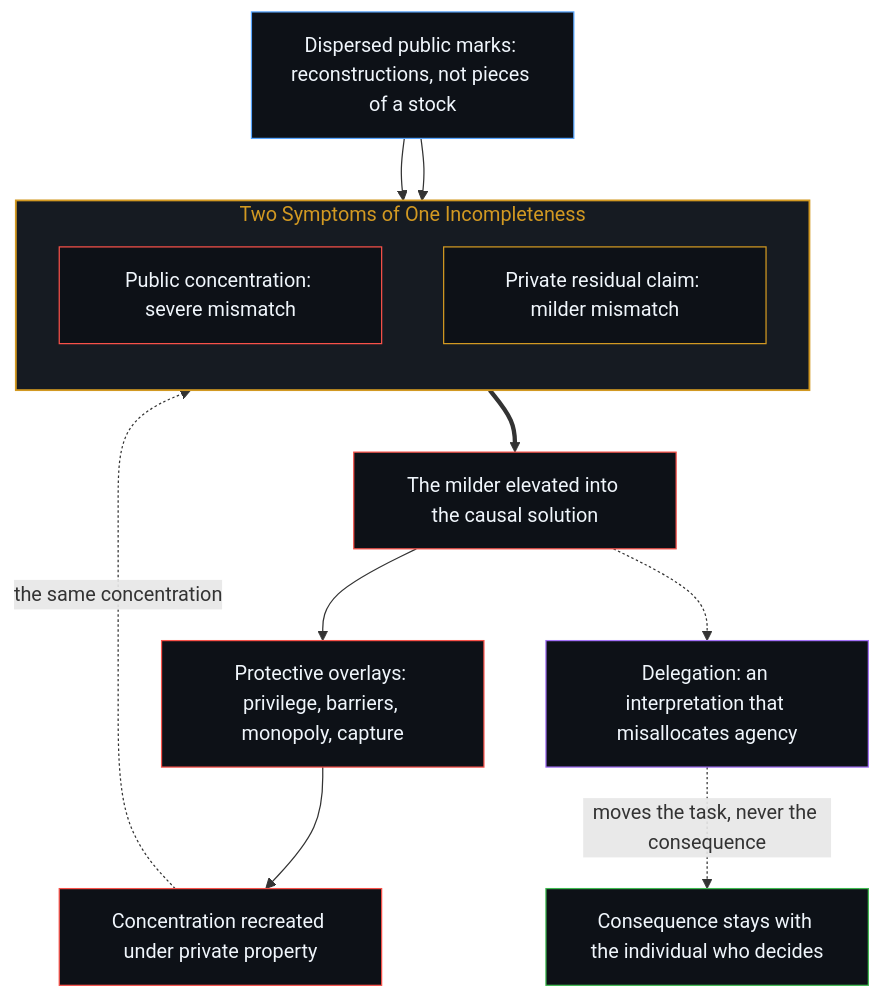
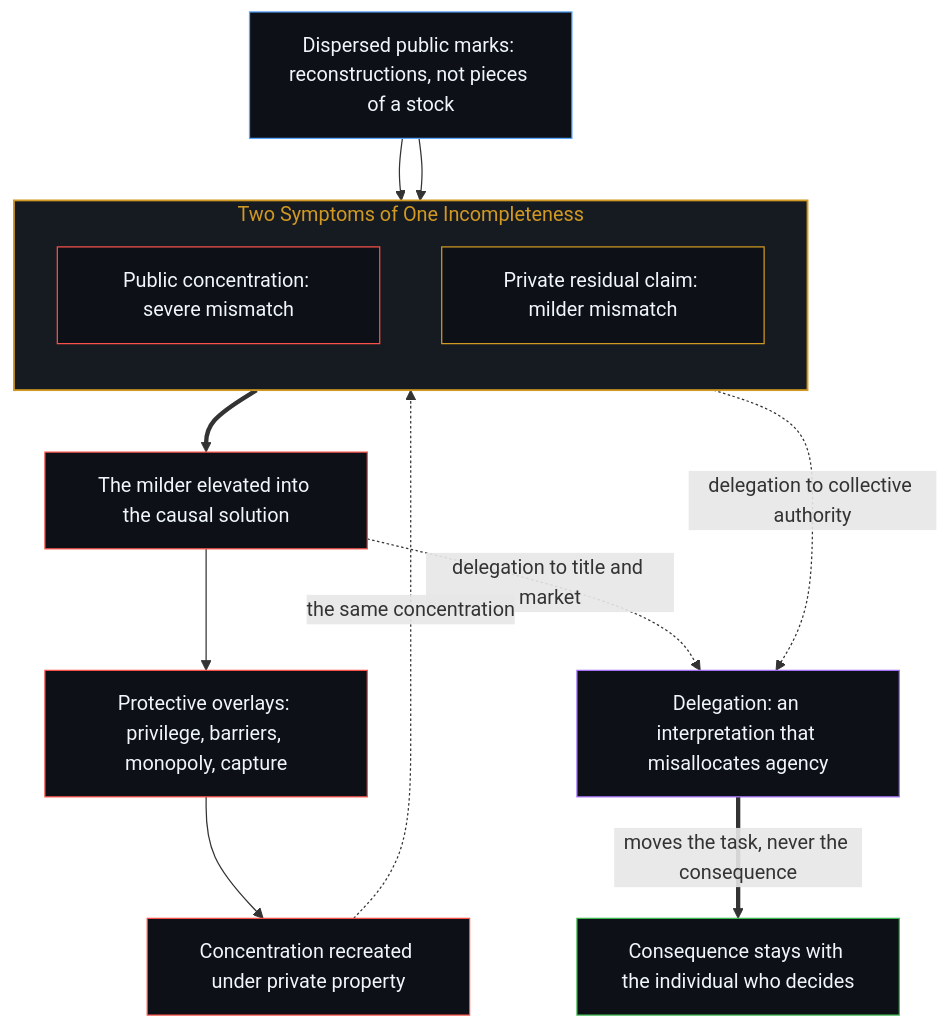
The second of 2 diagrams in content/posts/the-knowledge-problem-and-the-illusion-of-delegation.md (powerpig99/not-a-toe), drawn with Mermaid before and after one commit. The commit also changed other lines of this file and 3 other files, not shown here.

````diff
--- a/content/posts/the-knowledge-problem-and-the-illusion-of-delegation.md
+++ b/content/posts/the-knowledge-problem-and-the-illusion-of-delegation.md
@@ -101,29 +108,30 @@
 ```mermaid
 flowchart TD
     K["Dispersed public marks: reconstructions, not pieces of a stock"]
     subgraph S_Sym["Two Symptoms of One Incompleteness"]
         direction TB
         P1["Public concentration: severe mismatch"]
         P2["Private residual claim: milder mismatch"]
     end
     E["The milder elevated into the causal solution"]
     O["Protective overlays: privilege, barriers, monopoly, capture"]
     C["Concentration recreated under private property"]
     D["Delegation: an interpretation that misallocates agency"]
     I["Consequence stays with the individual who decides"]
     K --> P1
     K --> P2
     P2 ==> E --> O --> C
     C -.->|"the same concentration"| P1
-    D -.->|"moves the task, never the consequence"| I
-    E -.-> D
+    D ==>|"moves the task, never the consequence"| I
+    P1 -.->|"delegation to collective authority"| D
+    E -.->|"delegation to title and market"| D
     style S_Sym fill:#161b22,stroke:#d29922,stroke-width:1.5px,color:#d29922
     style K fill:#0d1117,stroke:#58a6ff,stroke-width:1px,color:#f0f6fc
     style P1 fill:#0d1117,stroke:#f85149,stroke-width:1px,color:#f0f6fc
     style P2 fill:#0d1117,stroke:#d29922,stroke-width:1px,color:#f0f6fc
     style E fill:#0d1117,stroke:#f85149,stroke-width:1px,color:#f0f6fc
     style O fill:#0d1117,stroke:#f85149,stroke-width:1px,color:#f0f6fc
     style C fill:#0d1117,stroke:#f85149,stroke-width:1px,color:#f0f6fc
     style D fill:#0d1117,stroke:#a371f7,stroke-width:1px,color:#f0f6fc
     style I fill:#0d1117,stroke:#3fb950,stroke-width:1px,color:#f0f6fc
 ```
````
